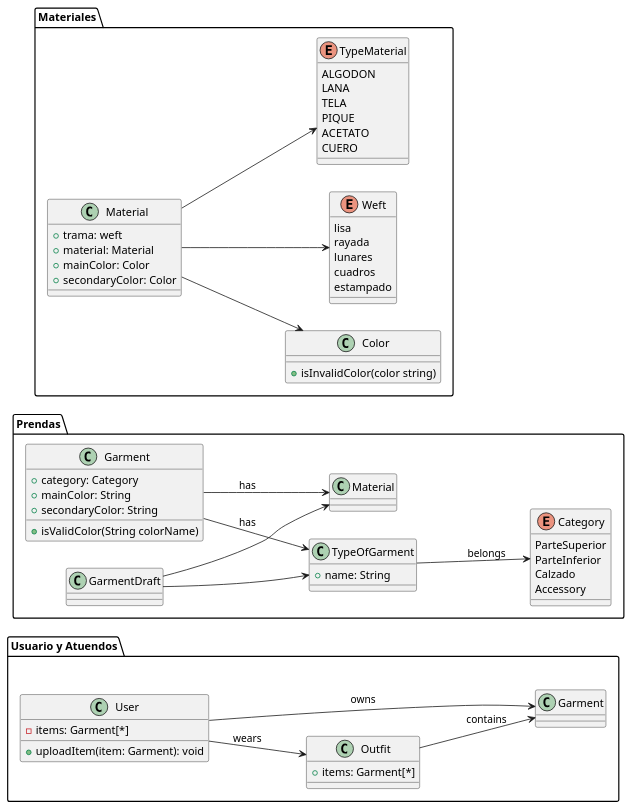
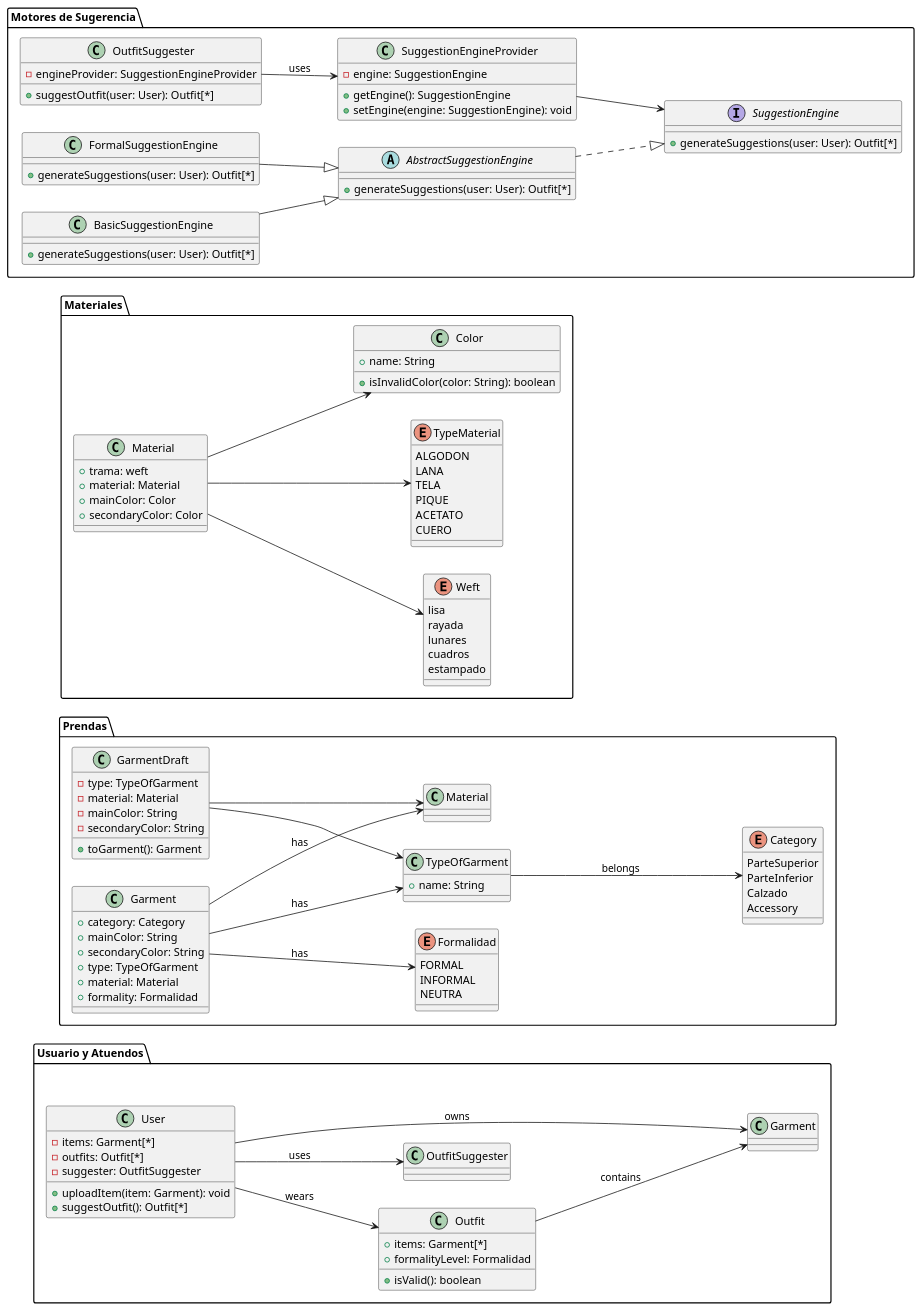
One commit to GonGarciaFontenla/QMP-Project changed the diagram in diagrama.puml. Above: the diagram before and after it, drawn with PlantUML. The commit also changed other lines of this file and 16 other files, not shown here.

```diff
--- a/diagrama.puml
+++ b/diagrama.puml
@@ -1,82 +1,138 @@
 @startuml
 left to right direction
 
 package "Usuario y Atuendos" {
-    class User {
-        -items: Garment[*]
-        +uploadItem(item: Garment): void
-    }
+  class User {
+    -items: Garment[*]
+    -outfits: Outfit[*]
+    -suggester: OutfitSuggester
+    +uploadItem(item: Garment): void
+    +suggestOutfit(): Outfit[*]
+  }
 
-    class Outfit {
-        +items: Garment[*]
-    }
+  class Outfit {
+    +items: Garment[*]
+    +formalityLevel: Formalidad
+    +isValid(): boolean
+  }
 
-    User --> Garment : owns
-    User --> Outfit : wears
-    Outfit --> Garment : contains
+  User --> Garment : owns
+  User --> Outfit : wears
+  User --> OutfitSuggester : uses
+  Outfit --> Garment : contains
 }
 
 package "Prendas" {
-    class Garment {
-        +category: Category
-        +mainColor: String
-        +secondaryColor: String
-        +isValidColor(String colorName)
-    }
+  class Garment {
+    +category: Category
+    +mainColor: String
+    +secondaryColor: String
+    +type: TypeOfGarment
+    +material: Material
+    +formality: Formalidad
+  }
 
-    class GarmentDraft {
-    }
+  class GarmentDraft {
+    -type: TypeOfGarment
+    -material: Material
+    -mainColor: String
+    -secondaryColor: String
+    +toGarment(): Garment
+  }
 
-    class TypeOfGarment {
-        +name: String
-    }
+  class TypeOfGarment {
+    +name: String
+  }
 
-    enum Category {
-        ParteSuperior
-        ParteInferior
-        Calzado
-        Accessory
-    }
+  enum Category {
+    ParteSuperior
+    ParteInferior
+    Calzado
+    Accessory
+  }
 
-    Garment --> TypeOfGarment : has
-    Garment --> Material : has
-    GarmentDraft --> Material
-    GarmentDraft --> TypeOfGarment
-    TypeOfGarment --> Category : belongs
+  enum Formalidad {
+    FORMAL
+    INFORMAL
+    NEUTRA
+  }
+
+  Garment --> TypeOfGarment : has
+  Garment --> Material : has
+  Garment --> Formalidad: has
+  GarmentDraft --> Material
+  GarmentDraft --> TypeOfGarment
+  TypeOfGarment --> Category : belongs
 }
 
 package "Materiales" {
-    class Material {
-        +trama: weft
-        +material: Material
-        +mainColor: Color
-        +secondaryColor: Color
-    }
+  class Material {
+    +trama: weft
+    +material: Material
+    +mainColor: Color
+    +secondaryColor: Color
+  }
 
-    class Color {
-        +isInvalidColor(color string)
-    }
+  class Color {
+    +name: String
+    +isInvalidColor(color: String): boolean
+  }
 
-    enum Weft {
-        lisa
-        rayada
-        lunares
-        cuadros
-        estampado
-    }
+  enum Weft {
+    lisa
+    rayada
+    lunares
+    cuadros
+    estampado
+  }
 
-    enum TypeMaterial {
-        ALGODON
-        LANA
-        TELA
-        PIQUE
-        ACETATO
-        CUERO
-    }
+  enum TypeMaterial {
+    ALGODON
+    LANA
+    TELA
+    PIQUE
+    ACETATO
+    CUERO
+  }
 
-    Material --> TypeMaterial
-    Material --> Weft
-    Material --> Color
+  Material --> TypeMaterial
+  Material --> Weft
+  Material --> Color
+}
+
+package "Motores de Sugerencia" {
+  interface SuggestionEngine {
+    +generateSuggestions(user: User): Outfit[*]
+  }
+
+abstract class AbstractSuggestionEngine {
+    +generateSuggestions(user: User): Outfit[*]
+  }
+
+  class BasicSuggestionEngine {
+    +generateSuggestions(user: User): Outfit[*]
+  }
+
+  class FormalSuggestionEngine {
+    +generateSuggestions(user: User): Outfit[*]
+  }
+
+  class SuggestionEngineProvider {
+    -engine: SuggestionEngine
+    +getEngine(): SuggestionEngine
+    +setEngine(engine: SuggestionEngine): void
+  }
+
+  class OutfitSuggester {
+    -engineProvider: SuggestionEngineProvider
+    +suggestOutfit(user: User): Outfit[*]
+  }
+
+  AbstractSuggestionEngine ..|> SuggestionEngine
+  BasicSuggestionEngine --|> AbstractSuggestionEngine
+  FormalSuggestionEngine --|> AbstractSuggestionEngine
+  SuggestionEngineProvider --> SuggestionEngine
+  OutfitSuggester --> SuggestionEngineProvider : uses
 }
 
 @enduml
```
